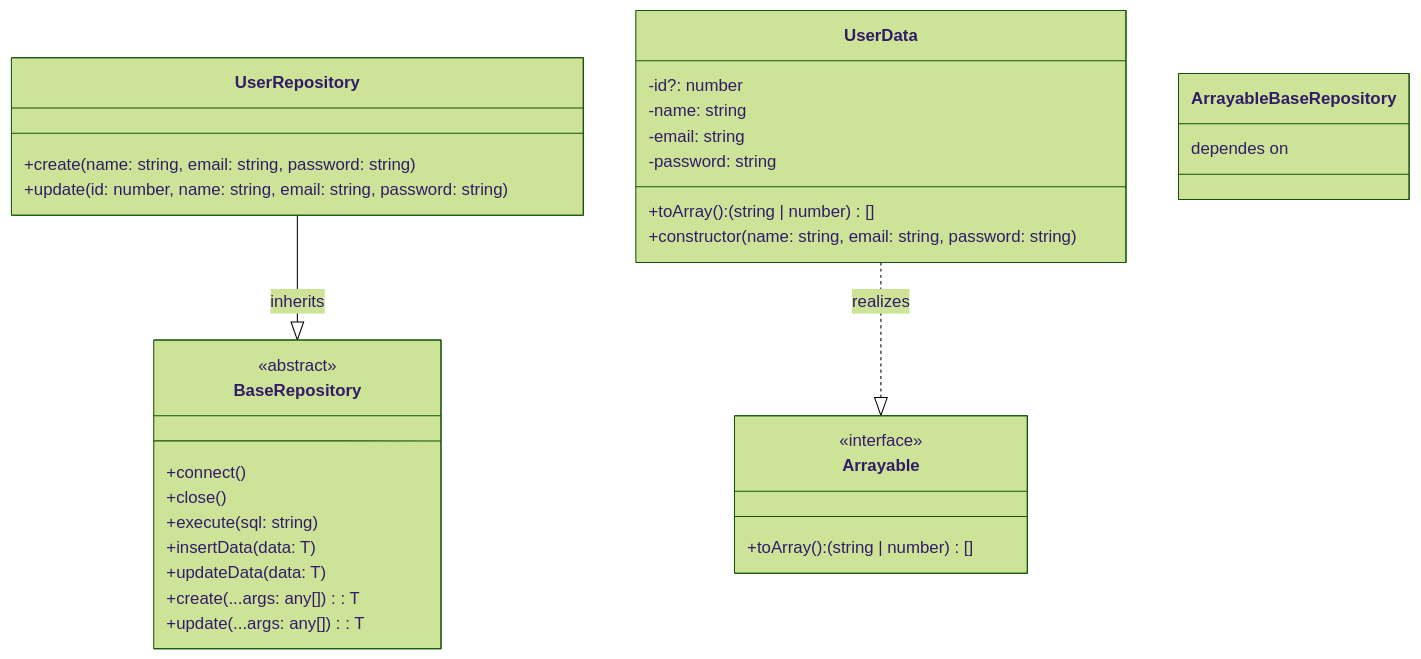
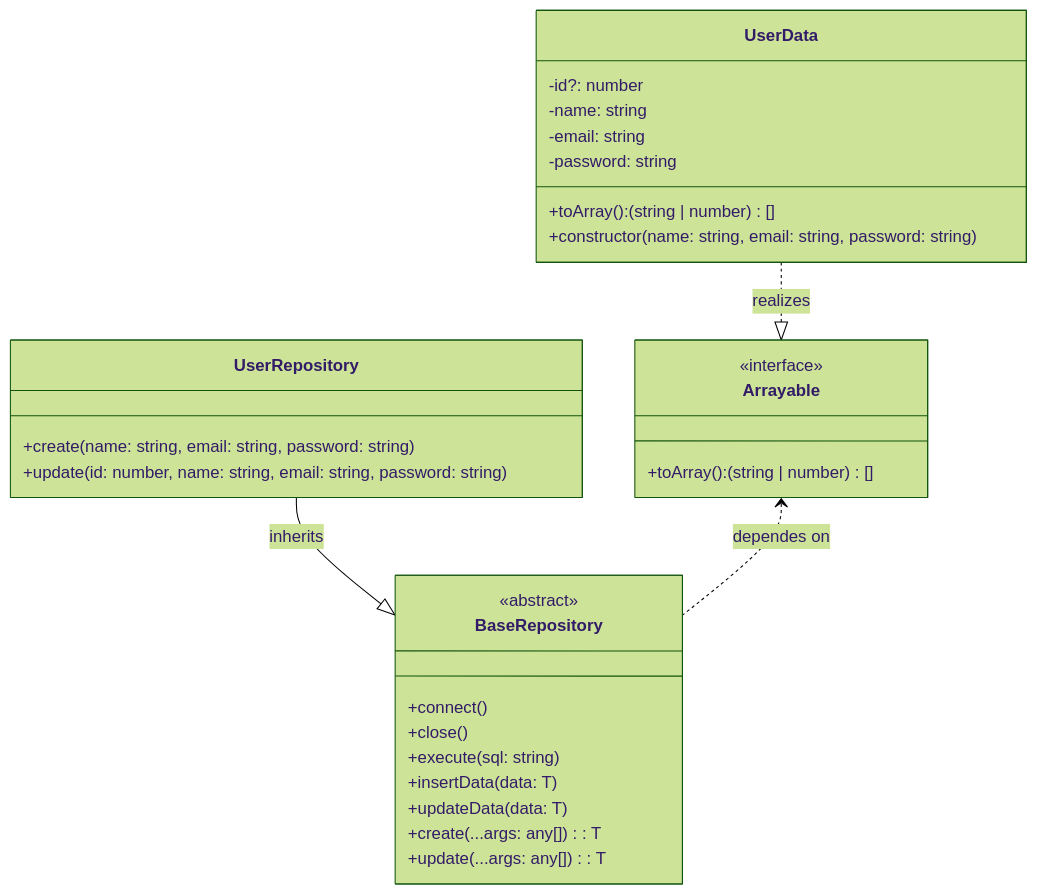
One commit to nominalrune/wiki_project changed the first of 2 diagrams in TypeScript/md.md. Above: the diagram before and after it, drawn with Mermaid (forest theme).

````diff
--- a/TypeScript/md.md
+++ b/TypeScript/md.md
@@ -4,32 +4,32 @@
 ```mermaid
 classDiagram
     class BaseRepository {
         <<abstract>>
         +connect()
         +close()
         +execute(sql: string)
         +insertData(data: T)
         +updateData(data: T)
         +create(...args: any[]): T
         +update(...args: any[]): T
     }
     class UserRepository {
         +create(name: string, email: string, password: string)
         +update(id: number, name: string, email: string, password: string)
     }
     class UserData {
         -id?: number
         -name: string
         -email: string
         -password: string
         +toArray(): (string | number)[]
         +constructor(name: string, email: string, password: string)
     }
     class Arrayable {
         <<interface>>
         +toArray(): (string | number)[]
     }
     UserRepository --|> BaseRepository :inherits
-    Arrayable BaseRepository :dependes on
+    Arrayable <.. BaseRepository :dependes on
     UserData ..|> Arrayable :realizes
 ```
````
